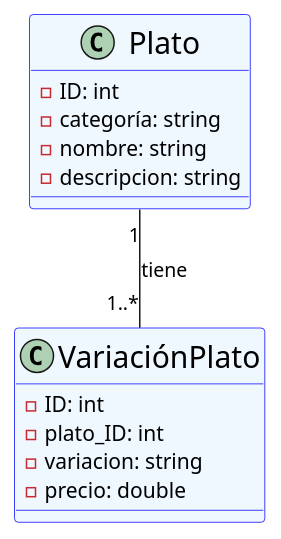
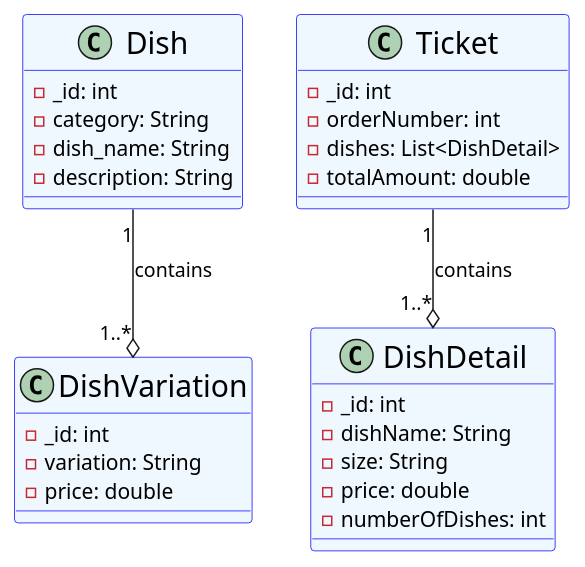
Before and after one commit to AmineBennani7/Smart-Voice-Restaurant-Assistant: the diagram in backend/src/database/menu.plantuml, drawn with PlantUML. The commit also changed 1 other file, not shown here.

Commit message:
Ticket parse + ticket BBDD

```diff
--- a/backend/src/database/menu.plantuml
+++ b/backend/src/database/menu.plantuml
@@ -1,26 +1,38 @@
 @startuml menu 
 skinparam classBackgroundColor AliceBlue
 skinparam classBorderColor Blue
 skinparam classFontName Comic Sans 
 skinparam classFontSize 20
 
-class Plato {
-  - ID: int
-  - categoría: string
-  - nombre: string
-  - descripcion: string
+class Dish {
+  - _id: int
+  - category: String
+  - dish_name: String
+  - description: String
 }
 
-class VariaciónPlato {
-  - ID: int
-  - plato_ID: int
-  - variacion: string
-  - precio: double
+class DishVariation {
+  - _id: int
+  - variation: String
+  - price: double
 }
 
+class Ticket {
+  - _id: int
+  - orderNumber: int
+  - dishes: List<DishDetail>
+  - totalAmount: double
+}
 
+class DishDetail {
+  - _id: int
+  - dishName: String
+  - size: String
+  - price: double
+  - numberOfDishes: int 
+}
 
-Plato "1" -- "1..*" VariaciónPlato : tiene
-
+Dish "1" --o "1..*" DishVariation : contains
+Ticket "1" --o "1..*" DishDetail : contains
 
 @enduml
```
